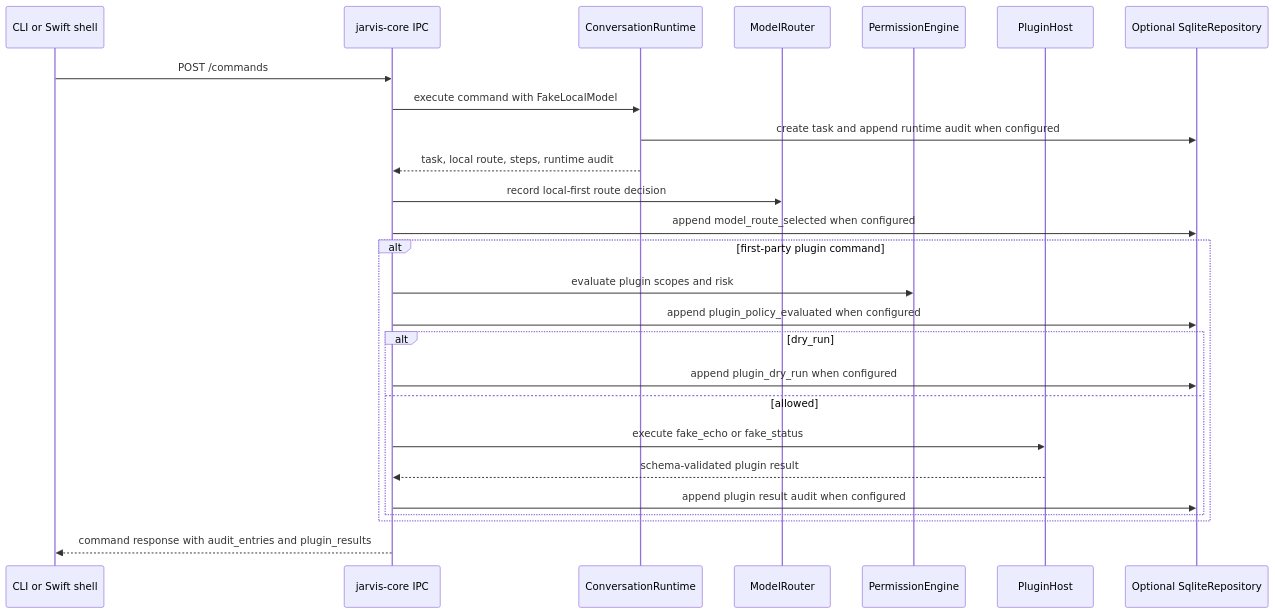
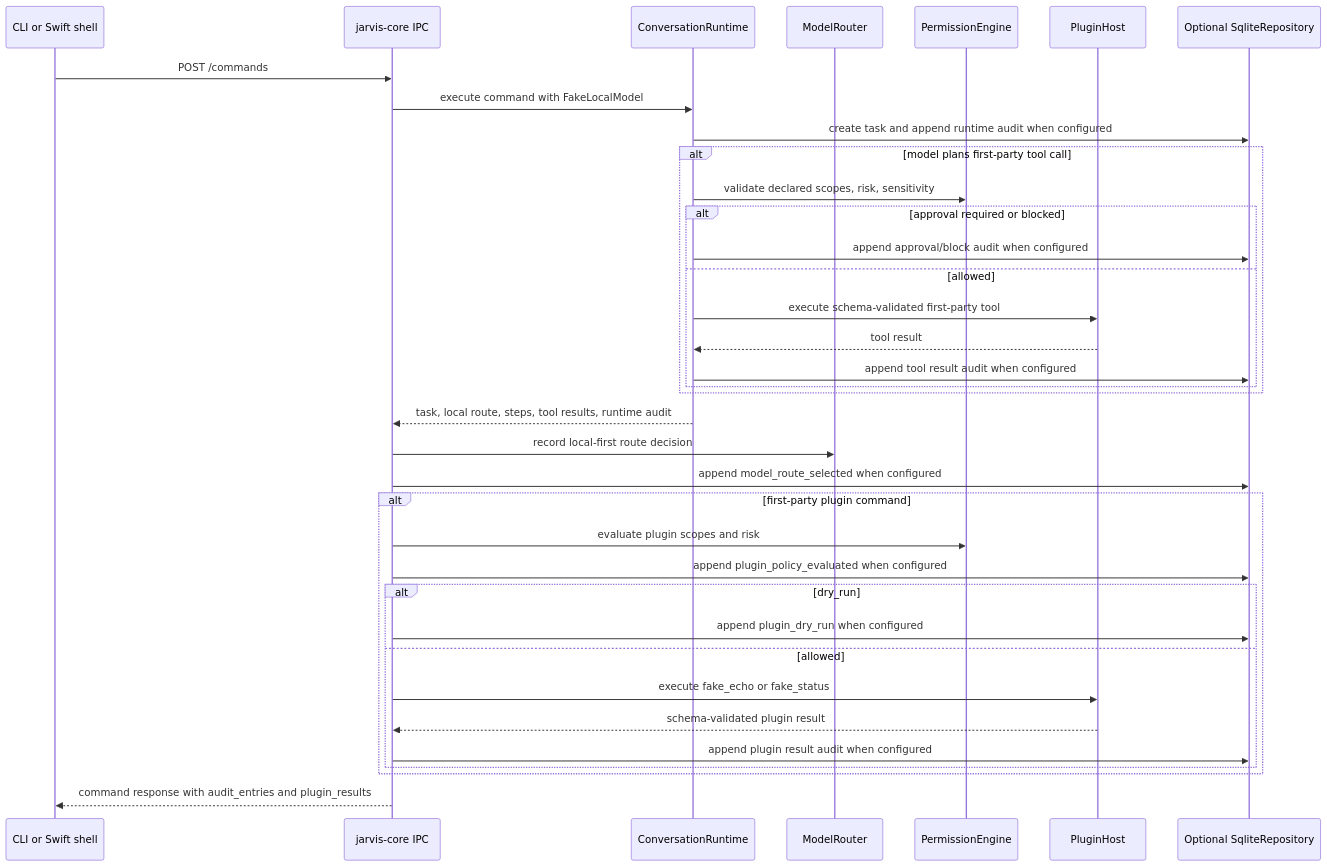
Before and after one commit to malak333/Assemblywright: the second of 4 diagrams in docs/architecture-map.md, drawn with Mermaid. The commit also changed other lines of this file and 4 other files, not shown here.

````diff
--- a/docs/architecture-map.md
+++ b/docs/architecture-map.md
@@ -80,29 +86,39 @@
 ```mermaid
 sequenceDiagram
     participant Client as CLI or Swift shell
     participant IPC as jarvis-core IPC
     participant Runtime as ConversationRuntime
     participant Router as ModelRouter
     participant Policy as PermissionEngine
     participant Plugins as PluginHost
     participant Store as Optional SqliteRepository
 
     Client->>IPC: POST /commands
     IPC->>Runtime: execute command with FakeLocalModel
     Runtime->>Store: create task and append runtime audit when configured
-    Runtime-->>IPC: task, local route, steps, runtime audit
+    alt model plans first-party tool call
+        Runtime->>Policy: validate declared scopes, risk, sensitivity
+        alt approval required or blocked
+            Runtime->>Store: append approval/block audit when configured
+        else allowed
+            Runtime->>Plugins: execute schema-validated first-party tool
+            Plugins-->>Runtime: tool result
+            Runtime->>Store: append tool result audit when configured
+        end
+    end
+    Runtime-->>IPC: task, local route, steps, tool results, runtime audit
     IPC->>Router: record local-first route decision
     IPC->>Store: append model_route_selected when configured
     alt first-party plugin command
         IPC->>Policy: evaluate plugin scopes and risk
         IPC->>Store: append plugin_policy_evaluated when configured
         alt dry_run
             IPC->>Store: append plugin_dry_run when configured
         else allowed
             IPC->>Plugins: execute fake_echo or fake_status
             Plugins-->>IPC: schema-validated plugin result
             IPC->>Store: append plugin result audit when configured
         end
     end
     IPC-->>Client: command response with audit_entries and plugin_results
 ```
````
